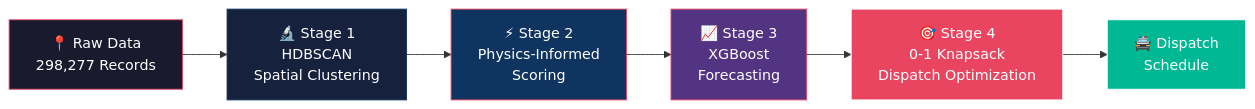
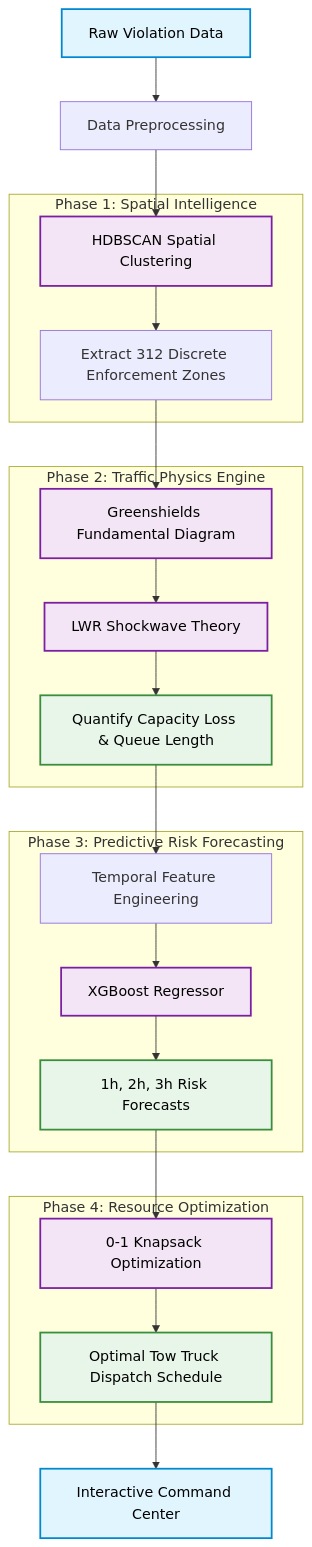
Before and after one commit to kulharshit21/aether-traffic: the diagram in README.md, drawn with Mermaid. The commit also changed other lines of this file, not shown here.

First line of the commit message:
Update README for AetherTraffic project overview

````diff
--- a/README.md
+++ b/README.md
@@ -42,15 +34,32 @@
 ```mermaid
-flowchart LR
-    A["📍 Raw Data\n298,277 Records"] --> B["🔬 Stage 1\nHDBSCAN\nSpatial Clustering"]
-    B --> C["⚡ Stage 2\nPhysics-Informed\nScoring"]
-    C --> D["📈 Stage 3\nXGBoost\nForecasting"]
-    D --> E["🎯 Stage 4\n0-1 Knapsack\nDispatch Optimization"]
-    E --> F["🚔 Dispatch\nSchedule"]
+graph TD
+    classDef input fill:#e1f5fe,stroke:#0288d1,stroke-width:2px,color:#000;
+    classDef algo fill:#f3e5f5,stroke:#7b1fa2,stroke-width:2px,color:#000;
+    classDef output fill:#e8f5e9,stroke:#388e3c,stroke-width:2px,color:#000;
 
-    style A fill:#1a1a2e,stroke:#e94560,color:#fff
-    style B fill:#16213e,stroke:#0f3460,color:#fff
-    style C fill:#0f3460,stroke:#e94560,color:#fff
-    style D fill:#533483,stroke:#e94560,color:#fff
-    style E fill:#e94560,stroke:#fff,color:#fff
-    style F fill:#00b894,stroke:#fff,color:#fff
+    A[Raw Violation Data]:::input --> B[Data Preprocessing]
+    B --> C[HDBSCAN Spatial Clustering]:::algo
+    
+    subgraph Phase 1: Spatial Intelligence
+        C --> D[Extract 312 Discrete Enforcement Zones]
+    end
+
+    subgraph Phase 2: Traffic Physics Engine
+        D --> E[Greenshields Fundamental Diagram]:::algo
+        E --> F[LWR Shockwave Theory]:::algo
+        F --> G[Quantify Capacity Loss & Queue Length]:::output
+    end
+
+    subgraph Phase 3: Predictive Risk Forecasting
+        G --> H[Temporal Feature Engineering]
+        H --> I[XGBoost Regressor]:::algo
+        I --> J[1h, 2h, 3h Risk Forecasts]:::output
+    end
+
+    subgraph Phase 4: Resource Optimization
+        J --> K[0-1 Knapsack Optimization]:::algo
+        K --> L[Optimal Tow Truck Dispatch Schedule]:::output
+    end
+    
+    L --> M[Interactive Command Center]:::input
 ```
````
